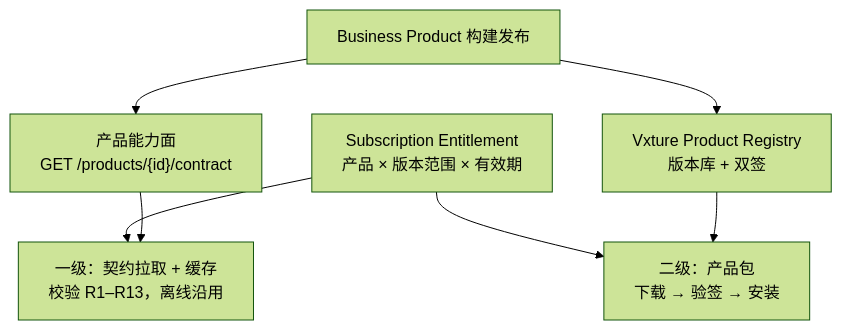
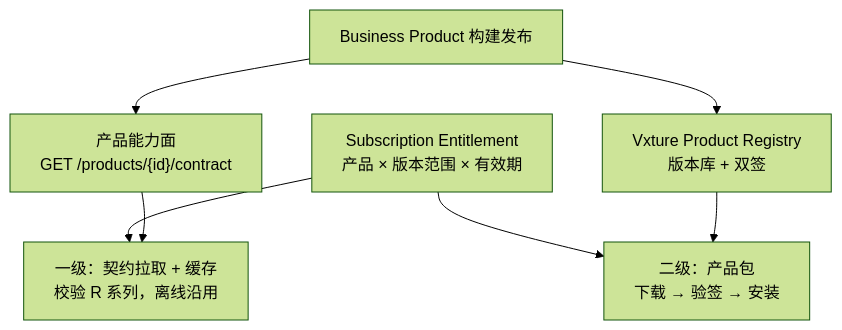
Before and after one commit to vxture/vxture-ruyin: the diagram in docs/30-design/30-contract-schema.md, drawn with Mermaid (forest theme). The commit also changed other lines of this file and 7 other files, not shown here.

````diff
--- a/docs/30-design/30-contract-schema.md
+++ b/docs/30-design/30-contract-schema.md
@@ -637,16 +637,16 @@
 ```mermaid
 flowchart TB
     P["Business Product 构建发布"]
     CAP["产品能力面<br/>GET /products/{id}/contract"]
     REG["Vxture Product Registry<br/>版本库 + 双签"]
     ENT["Subscription Entitlement<br/>产品 × 版本范围 × 有效期"]
-    T1["一级：契约拉取 + 缓存<br/>校验 R1–R13，离线沿用"]
+    T1["一级：契约拉取 + 缓存<br/>校验 R 系列，离线沿用"]
     T2["二级：产品包<br/>下载 → 验签 → 安装"]
 
     P --> CAP
     P --> REG
     ENT --> T1
     ENT --> T2
     CAP --> T1
     REG --> T2
 ```
````
